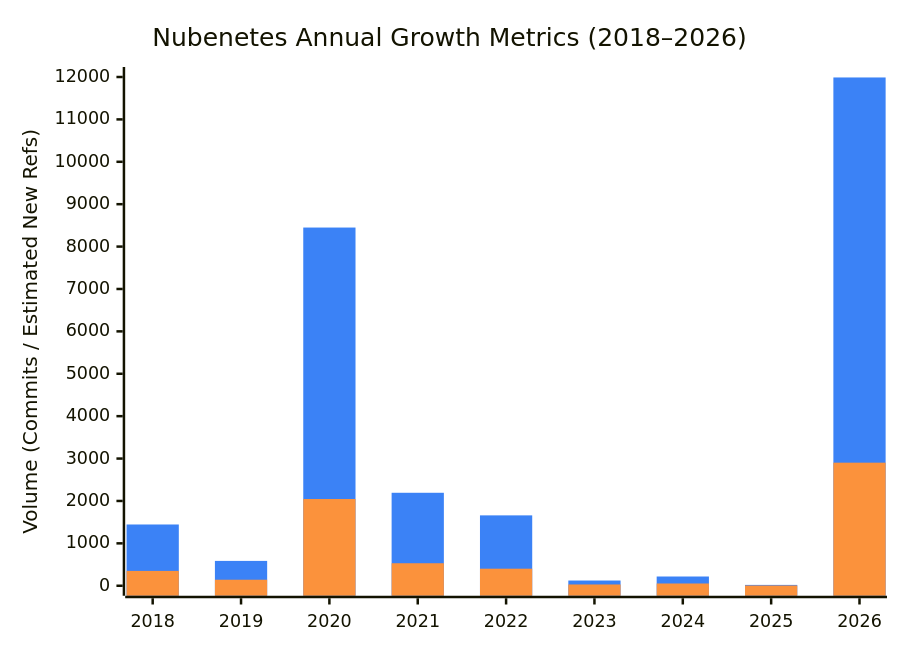
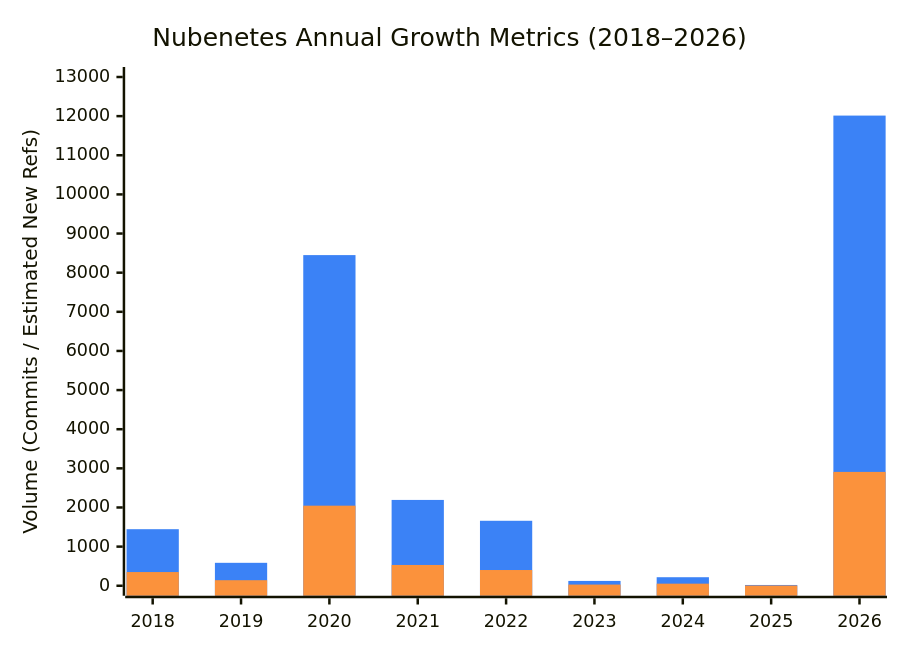
The first of 14 diagrams in README.md (sec-js/awesome-kubernetes), drawn with Mermaid before and after one commit. The commit also changed other lines of this file and 4 other files, not shown here.

````diff
--- a/README.md
+++ b/README.md
@@ -187,15 +187,15 @@
 ```mermaid
 ---
 config:
   themeVariables:
     xyChart:
       plotColorPalette: '#3b82f6, #fb923c'
   theme: mc
 ---
 xychart-beta
     title "Nubenetes Annual Growth Metrics (2018–2026)"
     x-axis ["2018", "2019", "2020", "2021", "2022", "2023", "2024", "2025", "2026"]
-    y-axis "Volume (Commits / Estimated New Refs)" 0 --> 12000
-    bar [1445, 586, 8449, 2193, 1660, 123, 218, 20, 11989]
-    bar [350, 142, 2046, 531, 402, 30, 53, 5, 2903]
+    y-axis "Volume (Commits / Estimated New Refs)" 0 --> 13000
+    bar [1445, 586, 8449, 2193, 1660, 123, 218, 20, 12014]
+    bar [350, 142, 2046, 531, 402, 30, 53, 5, 2909]
 ```
````
